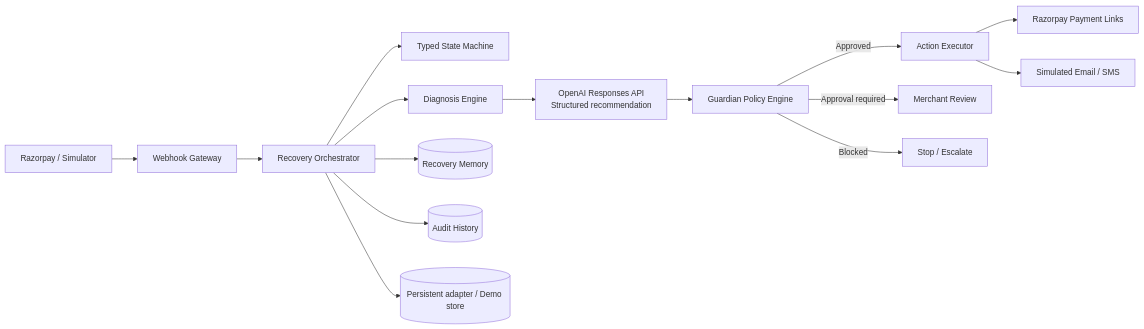
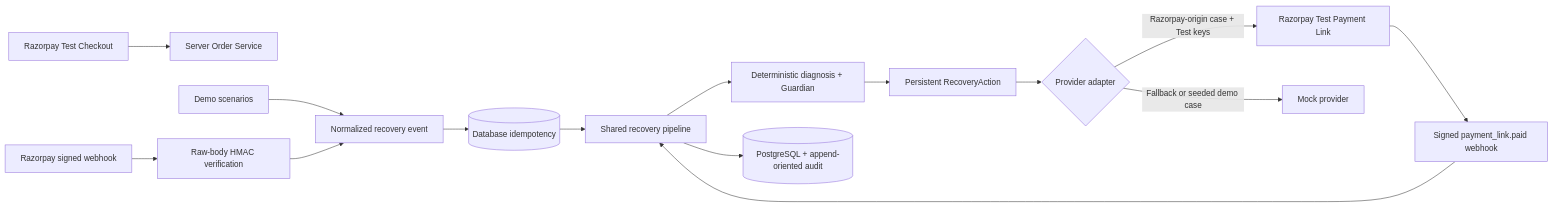
The diagram in README.md (joshhaydenkings/pulseback-revenue-recovery), drawn with Mermaid before and after one commit. The commit also changed other lines of this file and 31 other files, not shown here.

Commit message:
Phase 3: integrate Razorpay Test recovery lifecycle

````diff
--- a/README.md
+++ b/README.md
@@ -40,17 +35,17 @@
 ```mermaid
 flowchart LR
-  R[Razorpay / Simulator] --> W[Webhook Gateway]
-  W --> O[Recovery Orchestrator]
-  O --> S[Typed State Machine]
-  O --> D[Diagnosis Engine]
-  D --> AI[OpenAI Responses API\nStructured recommendation]
-  AI --> G[Guardian Policy Engine]
-  G -->|Approved| E[Action Executor]
-  G -->|Approval required| H[Merchant Review]
-  G -->|Blocked| X[Stop / Escalate]
-  E --> P[Razorpay Payment Links]
-  E --> N[Simulated Email / SMS]
-  O --> M[(Recovery Memory)]
-  O --> A[(Audit History)]
-  O --> DB[(Persistent adapter / Demo store)]
+  C[Razorpay Test Checkout] --> O[Server Order Service]
+  R[Razorpay signed webhook] --> V[Raw-body HMAC verification]
+  D[Demo scenarios] --> N[Normalized recovery event]
+  V --> N
+  N --> I[(Database idempotency)]
+  I --> P[Shared recovery pipeline]
+  P --> G[Deterministic diagnosis + Guardian]
+  G --> A[Persistent RecoveryAction]
+  A --> X{Provider adapter}
+  X -->|Razorpay-origin case + Test keys| T[Razorpay Test Payment Link]
+  X -->|Fallback or seeded demo case| M[Mock provider]
+  T --> W[Signed payment_link.paid webhook]
+  W --> P
+  P --> DB[(PostgreSQL + append-oriented audit)]
 ```
````
